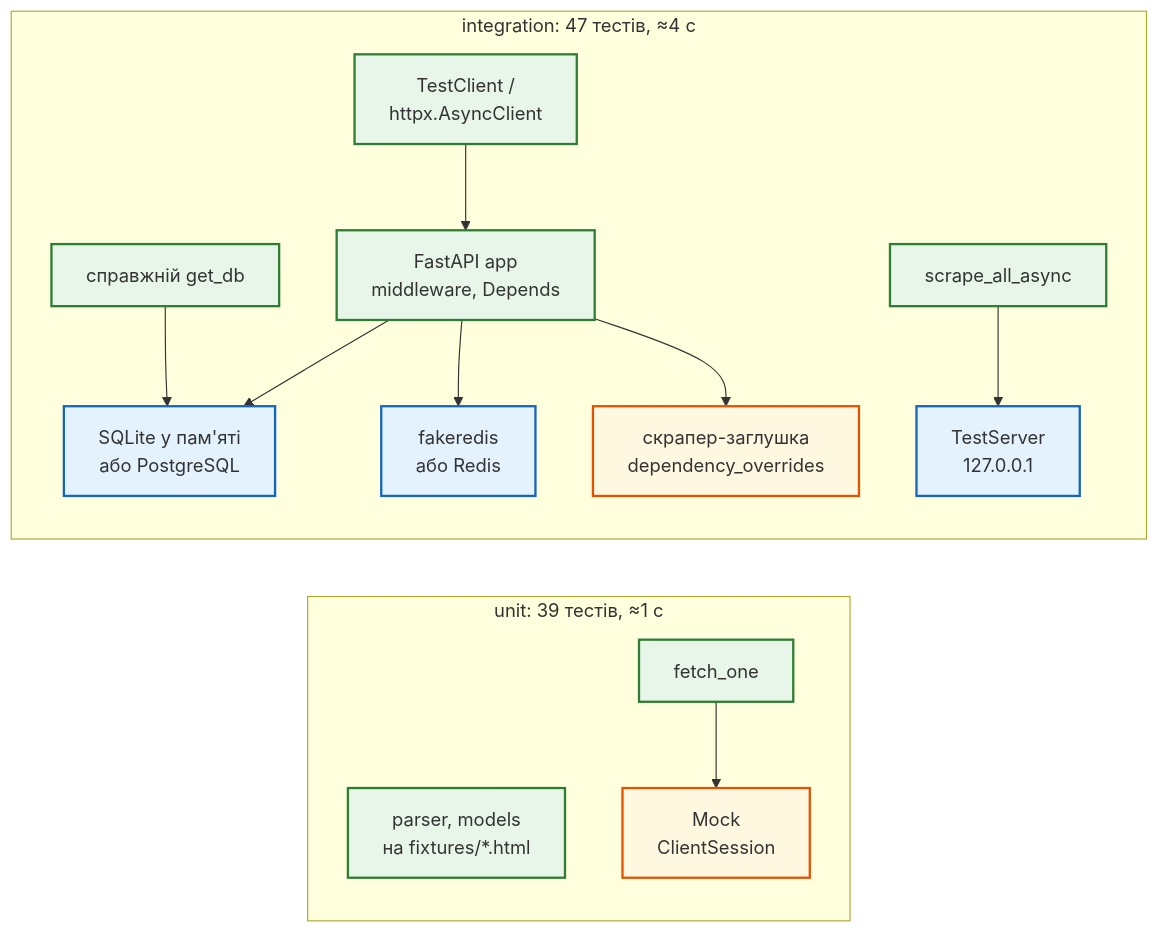
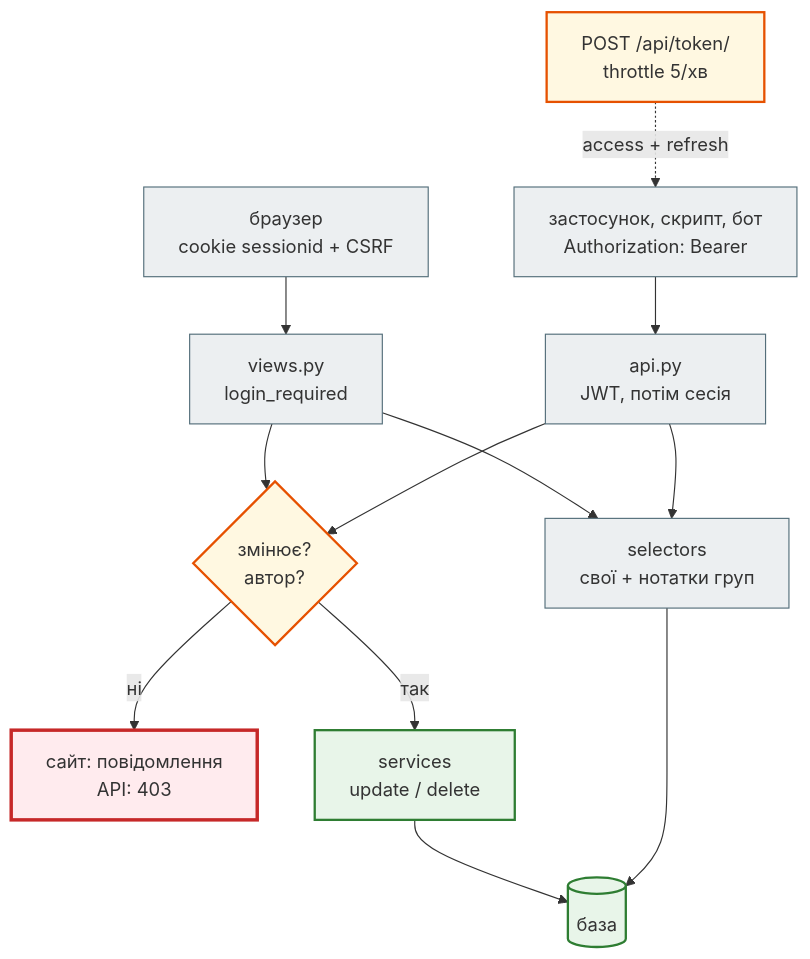
One commit to AlinaRadchenko/PY-Course-Victor-Nikoriak-22-09-2026 changed the third of 3 diagrams in docs/modules/m4/lesson_41.md. Above: the diagram before and after it, drawn with Mermaid. The commit also changed other lines of this file and 1846 other files, not shown here.

````diff
--- a/docs/modules/m4/lesson_41.md
+++ b/docs/modules/m4/lesson_41.md
@@ -619,25 +506,25 @@
 ```mermaid
-graph LR
+flowchart TD
     classDef step     fill:#eceff1,stroke:#546e7a,stroke-width:1px;
     classDef decision fill:#e3f2fd,stroke:#1565c0,stroke-width:2px;
     classDef success  fill:#e8f5e9,stroke:#2e7d32,stroke-width:2px;
     classDef error    fill:#ffebee,stroke:#c62828,stroke-width:3px;
     classDef warning  fill:#fff8e1,stroke:#e65100,stroke-width:2px;
 
-    subgraph U["unit: 39 тестів, ≈1 с"]
-        UP["parser, models<br>на fixtures/*.html"]
-        US["fetch_one"] --> UM["Mock<br>ClientSession"]
-    end
-    subgraph I["integration: 47 тестів, ≈4 с"]
-        TC["TestClient /<br>httpx.AsyncClient"] --> APP["FastAPI app<br>middleware, Depends"]
-        APP --> DB["SQLite у пам'яті<br>або PostgreSQL"]
-        APP --> RD["fakeredis<br>або Redis"]
-        APP --> FS["скрапер-заглушка<br>dependency_overrides"]
-        SC["scrape_all_async"] --> TS["TestServer<br>127.0.0.1"]
-        GD["справжній get_db"] --> DB
-    end
+    B["браузер<br>cookie sessionid + CSRF"] --> V["views.py<br>login_required"]
+    C["застосунок, скрипт, бот<br>Authorization: Bearer"] --> A["api.py<br>JWT, потім сесія"]
+    T["POST /api/token/<br>throttle 5/хв"] -. "access + refresh" .-> C
+    V --> R["selectors<br>свої + нотатки груп"]
+    A --> R
+    V --> W{"змінює?<br>автор?"}
+    A --> W
+    W -- ні --> X["сайт: повідомлення<br>API: 403"]
+    W -- так --> S["services<br>update / delete"]
+    S --> DB[("база")]
+    R --> DB
 
-    class UP,US,TC,APP,SC,GD success
-    class UM,FS warning
-    class DB,RD,TS decision
+    class B,C,V,A,R step
+    class T,W warning
+    class X error
+    class S,DB success
 ```
````
